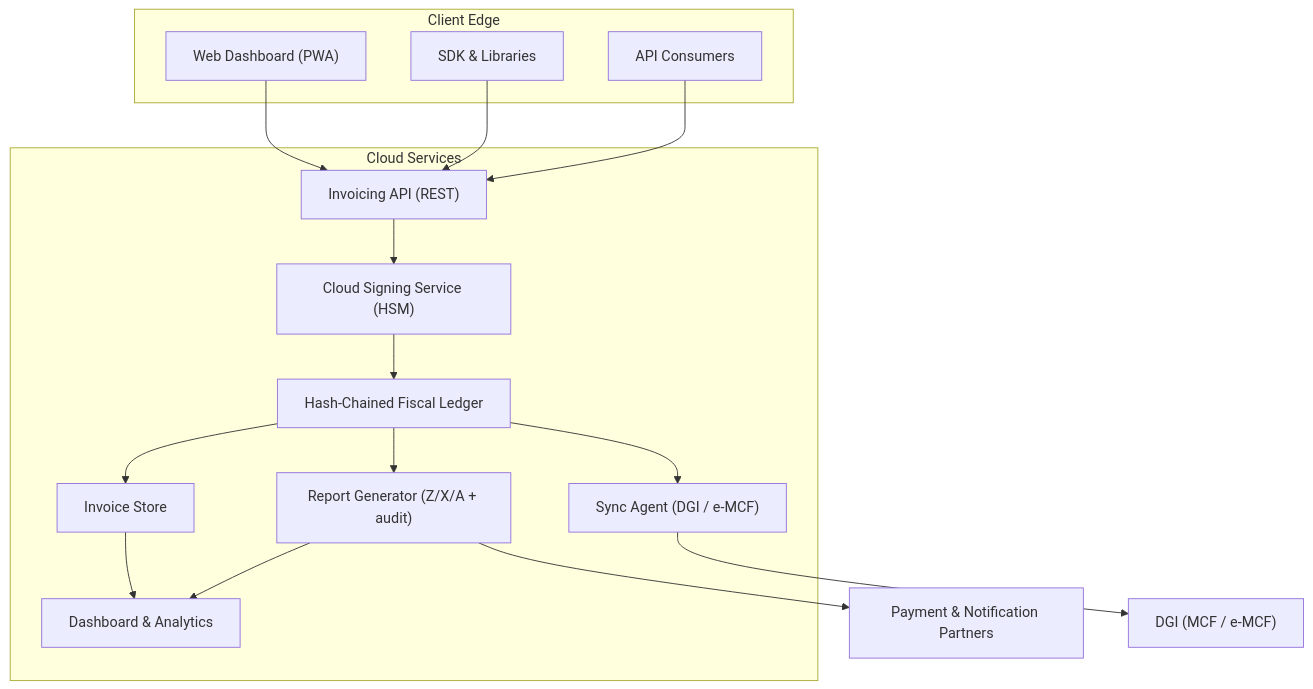
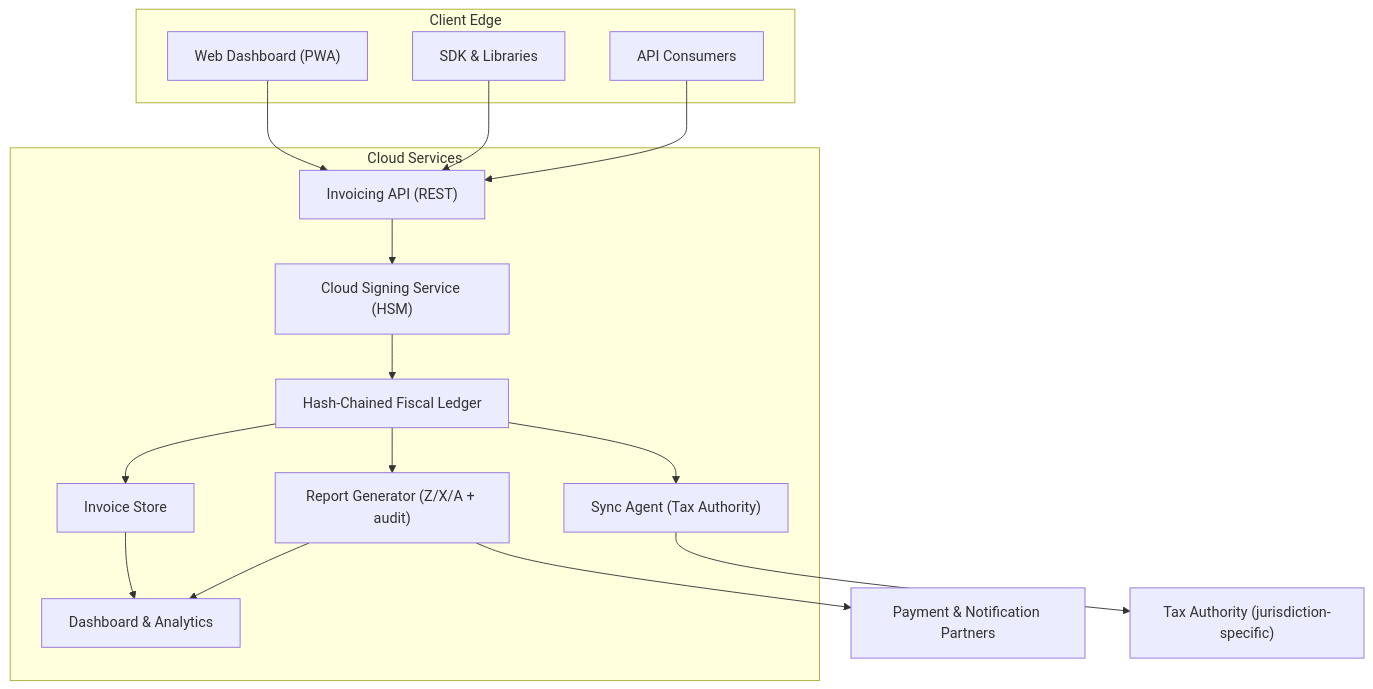
Before and after one commit to stalela/stalela-docs: the second of 2 diagrams in docs/20-fiscal-platform/architecture/components.md, drawn with Mermaid. The commit also changed other lines of this file and 233 other files, not shown here.

````diff
--- a/docs/20-fiscal-platform/architecture/components.md
+++ b/docs/20-fiscal-platform/architecture/components.md
@@ -118,31 +118,31 @@
 ```mermaid
 flowchart TB
     subgraph "Client Edge"
         Dashboard["Web Dashboard (PWA)"]
         SDKs["SDK & Libraries"]
         APIConsumers["API Consumers"]
     end
     subgraph "Cloud Services"
         InvoicingAPI["Invoicing API (REST)"]
         CloudSigner["Cloud Signing Service (HSM)"]
         Ledger["Hash-Chained Fiscal Ledger"]
         InvoiceStore["Invoice Store"]
         Reports["Report Generator (Z/X/A + audit)"]
-        SyncAgent["Sync Agent (DGI / e-MCF)"]
+        SyncAgent["Sync Agent (Tax Authority)"]
         Analytics["Dashboard & Analytics"]
     end
-    DGI["DGI (MCF / e-MCF)"]
+    TaxAuthority["Tax Authority (jurisdiction-specific)"]
     PaymentPartners["Payment & Notification Partners"]
     Dashboard --> InvoicingAPI
     SDKs --> InvoicingAPI
     APIConsumers --> InvoicingAPI
     InvoicingAPI --> CloudSigner
     CloudSigner --> Ledger
     Ledger --> InvoiceStore
     Ledger --> Reports
     Reports --> Analytics
     InvoiceStore --> Analytics
     Ledger --> SyncAgent
-    SyncAgent --> DGI
+    SyncAgent --> TaxAuthority
     Reports --> PaymentPartners
 ```
````
